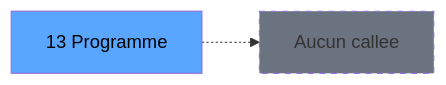
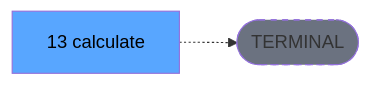
One commit to thonyAGP/lecteur-magic changed the third of 3 diagrams in .openspec/renders/ADH-IDE-13.md. Above: the diagram before and after it, drawn with Mermaid. The commit also changed other lines of this file and 701 other files, not shown here.

````diff
--- a/.openspec/renders/ADH-IDE-13.md
+++ b/.openspec/renders/ADH-IDE-13.md
@@ -132,8 +134,8 @@
 ```mermaid
 graph LR
-    T[13 Programme]
-    NONE[Aucun callee]
-    T -.-> NONE
+    T[13      calculate ]
+    TERM([TERMINAL])
+    T -.-> TERM
+    style TERM fill:#6b7280,stroke-dasharray: 5 5
     style T fill:#58a6ff,color:#000
-    style NONE fill:#6b7280,stroke-dasharray: 5 5
 ```
````
